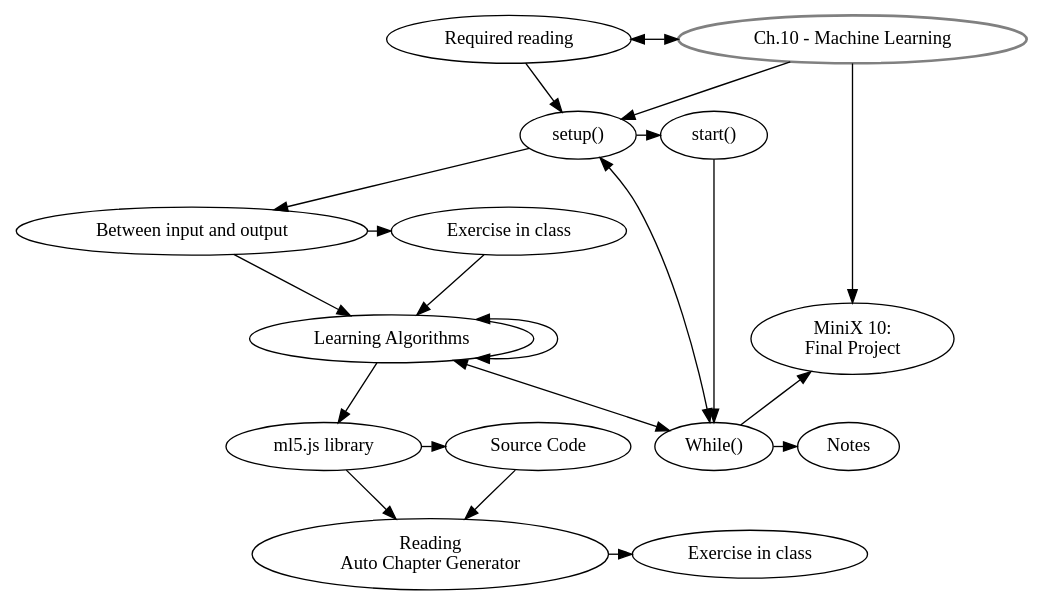
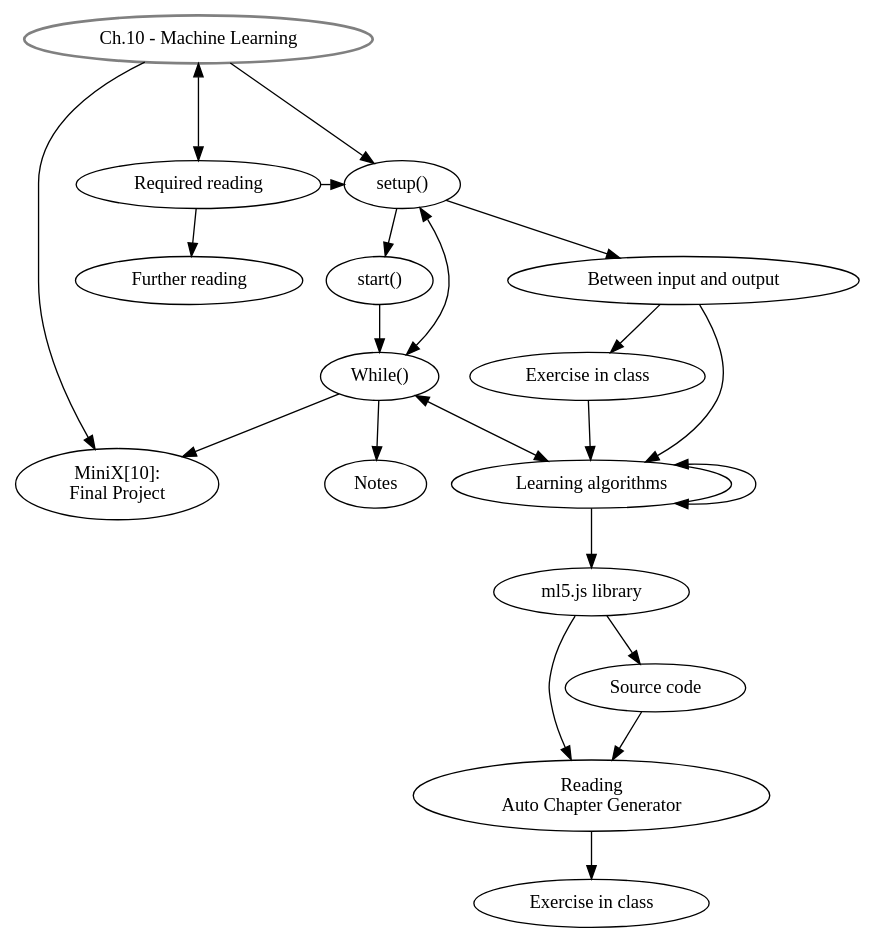
One commit to danbz/aesthetic-programming changed the diagram in graphviz/AP_ch10.dot. Above: the diagram before and after it, drawn with Graphviz. The commit also changed 5 other files, not shown here.

Commit message:
update graphviz

```diff
--- a/graphviz/AP_ch10.dot
+++ b/graphviz/AP_ch10.dot
@@ -1,48 +1,42 @@
 digraph G {
 //labels
 GS [
 label="Ch.10 - Machine Learning",
 style=bold,
 color=grey,
 ]
 
 SU [label="setup()"]
 ST [label="start()"]
 IO [label="Between input and output"]
 EiC [label="Exercise in class"]
-LA [label="Learning Algorithms"]
+LA [label="Learning algorithms"]
 ml5 [label="ml5.js library"]
-SC [label="Source Code"]
+SC [label="Source code"]
 RAG [label="Reading \nAuto Chapter Generator"]
 EiC2 [label="Exercise in class"]
 MW [label="While()"]
-MX [label="MiniX 10: \nFinal Project"]
+MX [label="MiniX[10]: \nFinal Project"]
 RR [label="Required reading"]
+FR [label="Further reading"]
 Notes [label="Notes"]
 
 //rank
-
-{rank = same; ml5, SC}
-{rank = same; SU, ST}
-{rank = same; EiC2, RAG}
-{rank = same; MX, LA}
-{rank = same; IO, EiC}
-{rank = same; RR, GS}
-//{rank = same; EiC, LA}
-{rank = same; MW, Notes}
-
+{rank = same; SU, RR}
+{rank=same;MX,LA}
 //graph
 GS -> SU -> ST
 SU-> IO -> EiC;
 RR-> GS[dir=both, minlen=2];
 SU -> MW [dir=both];
 RR -> SU;
 EiC -> LA ;
 LA -> LA[dir=both];
 LA-> MW [dir=both];
 IO -> LA -> ml5 -> SC;
 SC -> RAG -> EiC2;
 ST -> MW -> Notes;
 GS, MW -> MX;
 ml5 -> RAG;
+RR -> FR;
 }
```
